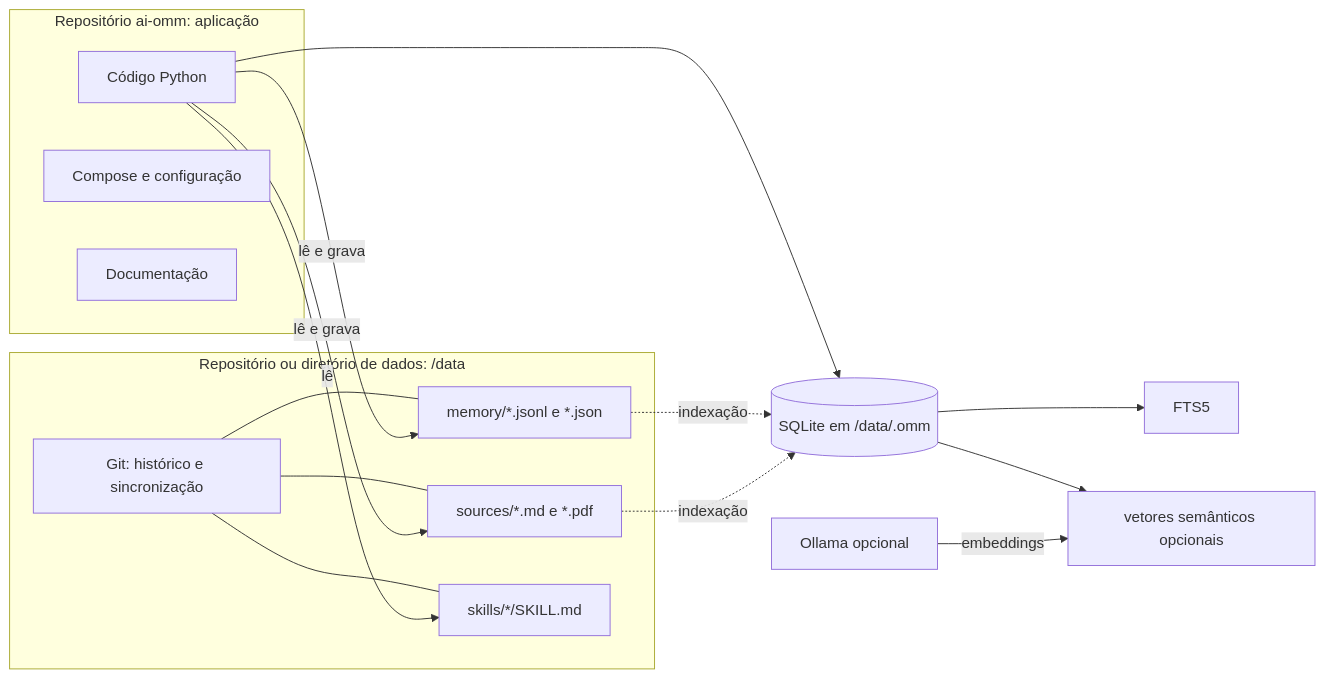
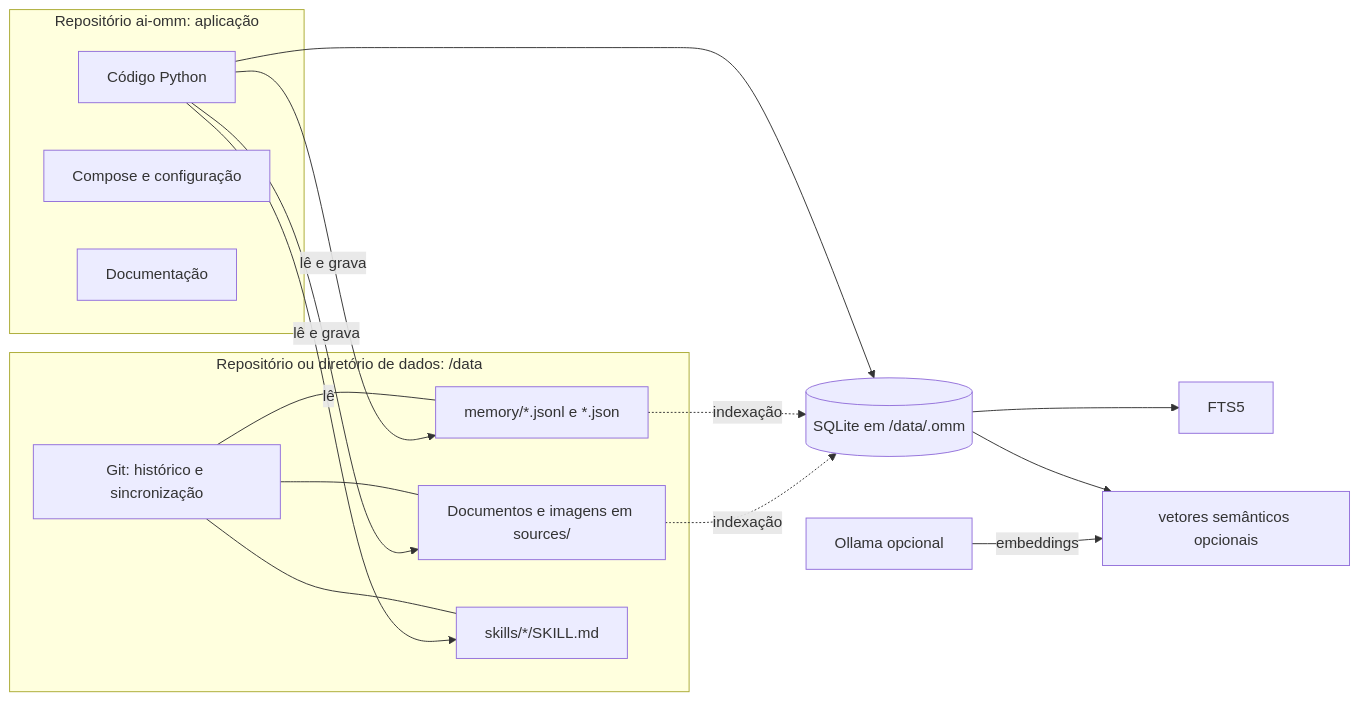
One commit to zenaror/ai-omm changed the first of 2 diagrams in docs/technical/ARQUITETURA.md. Above: the diagram before and after it, drawn with Mermaid. The commit also changed other lines of this file and 24 other files, not shown here.

````diff
--- a/docs/technical/ARQUITETURA.md
+++ b/docs/technical/ARQUITETURA.md
@@ -45,26 +45,26 @@
 ```mermaid
 flowchart LR
     subgraph app[Repositório ai-omm: aplicação]
       code[Código Python]
       compose[Compose e configuração]
       docs[Documentação]
     end
     subgraph data[Repositório ou diretório de dados: /data]
       git[Git: histórico e sincronização]
       records[memory/*.jsonl e *.json]
-      sources[sources/*.md e *.pdf]
+      sources[Documentos e imagens em sources/]
       skills[skills/*/SKILL.md]
       git --- records
       git --- sources
       git --- skills
     end
     code -->|lê e grava| records
     code -->|lê e grava| sources
     code -->|lê| skills
     code --> derived[(SQLite em /data/.omm)]
     records -. indexação .-> derived
     sources -. indexação .-> derived
     derived --> fts[FTS5]
     derived --> vectors[vetores semânticos opcionais]
     ollama[Ollama opcional] -->|embeddings| vectors
 ```
````
